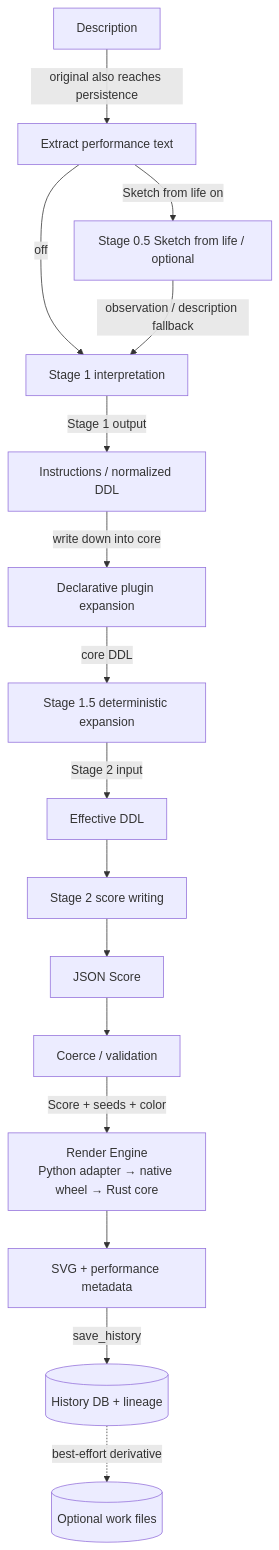
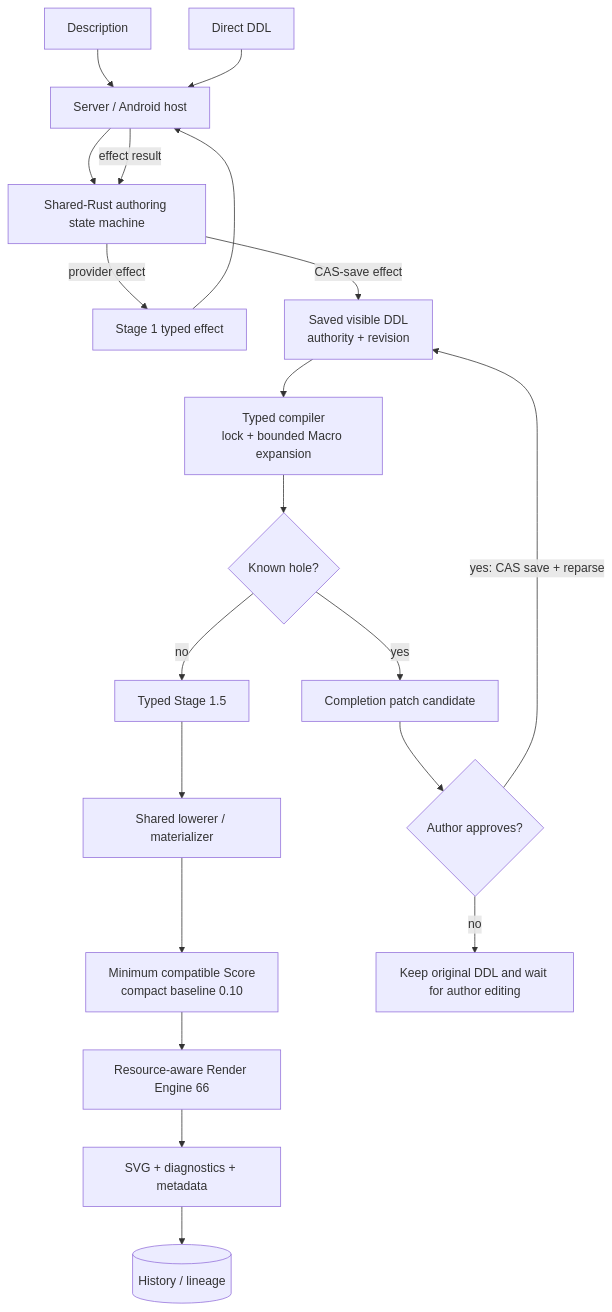
One commit to oikawas/inku-lang changed the first of 2 diagrams in docs/architecture/ddl-processing-pipeline.md. Above: the diagram before and after it, drawn with Mermaid. The commit also changed other lines of this file and 206 other files, not shown here.

Commit message:
Retire legacy decision layers after shared Rust cutover

````diff
--- a/docs/architecture/ddl-processing-pipeline.md
+++ b/docs/architecture/ddl-processing-pipeline.md
@@ -50,34 +24,30 @@
 ```mermaid
 flowchart TD
     DESC["Description"]
-    LABELS["Extract performance text"]
-    S05["Stage 0.5 Sketch from life / optional"]
-    S1["Stage 1 interpretation"]
-    DDL["Instructions / normalized DDL"]
-    PLUGIN["Declarative plugin expansion"]
-    S15["Stage 1.5 deterministic expansion"]
-    EFFECTIVE["Effective DDL"]
-    S2["Stage 2 score writing"]
-    SCORE["JSON Score"]
-    COERCE["Coerce / validation"]
-    RENDER["Render Engine\nPython adapter → native wheel → Rust core"]
-    SVG["SVG + performance metadata"]
-    HISTORY[("History DB + lineage")]
-    FILES[("Optional work files")]
+    DIRECT["Direct DDL"]
+    HOST["Server / Android host"]
+    CORE["Shared-Rust authoring state machine"]
+    S1["Stage 1 typed effect"]
+    DDL["Saved visible DDL\nauthority + revision"]
+    COMPILER["Typed compiler\nlock + bounded Macro expansion"]
+    HOLE{"Known hole?"}
+    PROPOSAL["Completion patch candidate"]
+    APPROVAL{"Author approves?"}
+    S15["Typed Stage 1.5"]
+    LOWER["Shared lowerer / materializer"]
+    SCORE["Minimum compatible Score\ncompact baseline 0.10"]
+    RENDER["Resource-aware Render Engine 66"]
+    SVG["SVG + diagnostics + metadata"]
+    HISTORY[("History / lineage")]
 
-    DESC -->|"original also reaches persistence"| LABELS
-    LABELS -->|"Sketch from life on"| S05
-    LABELS -->|"off"| S1
-    S05 -->|"observation / description fallback"| S1
-    S1 -->|"Stage 1 output"| DDL
-    DDL -->|"write down into core"| PLUGIN
-    PLUGIN -->|"core DDL"| S15
-    S15 -->|"Stage 2 input"| EFFECTIVE
-    EFFECTIVE --> S2
-    S2 --> SCORE
-    SCORE --> COERCE
-    COERCE -->|"Score + seeds + color"| RENDER
-    RENDER --> SVG
-    SVG -->|"save_history"| HISTORY
-    HISTORY -.->|"best-effort derivative"| FILES
+    DESC --> HOST --> CORE
+    CORE -->|"provider effect"| S1 --> HOST
+    HOST -->|"effect result"| CORE
+    DIRECT --> HOST
+    CORE -->|"CAS-save effect"| DDL
+    DDL --> COMPILER --> HOLE
+    HOLE -->|"yes"| PROPOSAL --> APPROVAL
+    APPROVAL -->|"yes: CAS save + reparse"| DDL
+    APPROVAL -->|"no"| EDIT["Keep original DDL and wait for author editing"]
+    HOLE -->|"no"| S15 --> LOWER --> SCORE --> RENDER --> SVG --> HISTORY
 ```
````
